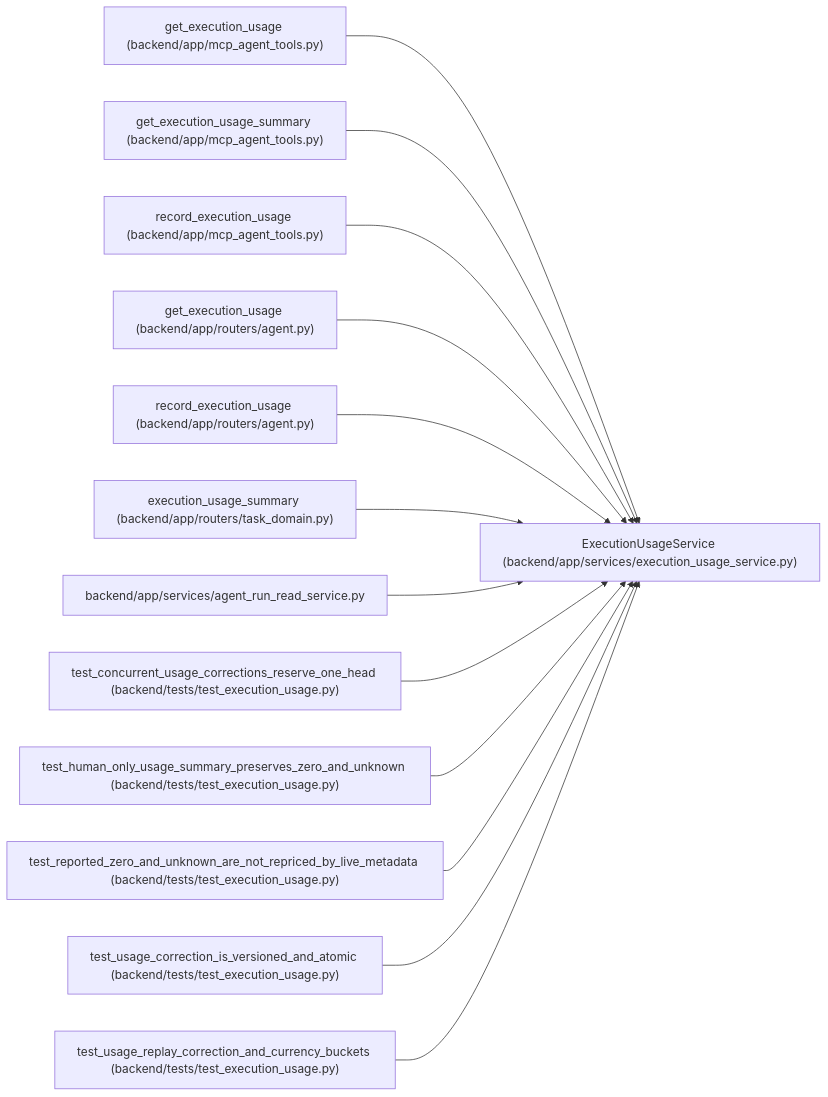
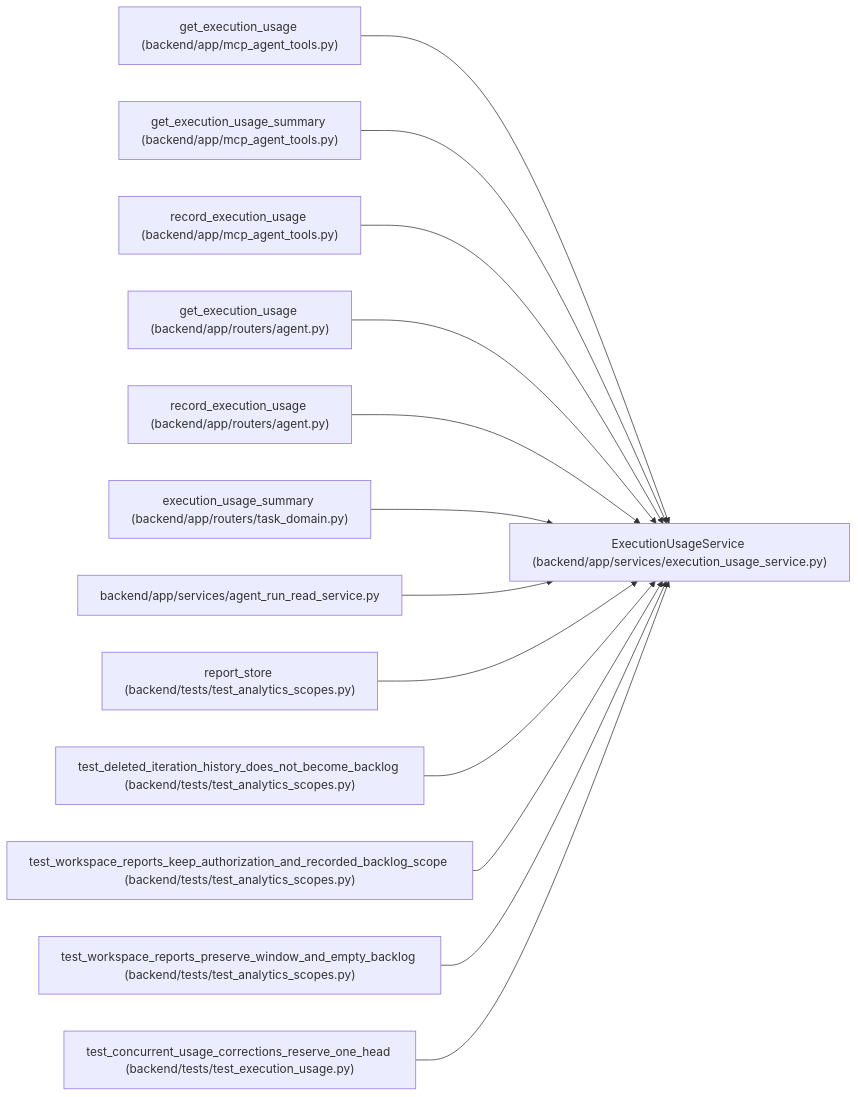
The diagram in docs/llm_wiki/entities/ExecutionUsageService.md (Denissvgn/WorkChord), drawn with Mermaid before and after one commit. The commit also changed other lines of this file and 2373 other files, not shown here.

````diff
--- a/docs/llm_wiki/entities/ExecutionUsageService.md
+++ b/docs/llm_wiki/entities/ExecutionUsageService.md
@@ -32,41 +32,41 @@
 ```mermaid
 flowchart LR
     n0["ExecutionUsageService (backend/app/services/execution_usage_service.py)"]
     n1["get_execution_usage (backend/app/mcp_agent_tools.py)"]
     n2["get_execution_usage_summary (backend/app/mcp_agent_tools.py)"]
     n3["record_execution_usage (backend/app/mcp_agent_tools.py)"]
     n4["get_execution_usage (backend/app/routers/agent.py)"]
     n5["record_execution_usage (backend/app/routers/agent.py)"]
     n6["execution_usage_summary (backend/app/routers/task_domain.py)"]
     n7["backend/app/services/agent_run_read_service.py"]
-    n8["test_concurrent_usage_corrections_reserve_one_head (backend/tests/test_execution_usage.py)"]
-    n9["test_human_only_usage_summary_preserves_zero_and_unknown (backend/tests/test_execution_usage.py)"]
-    n10["test_reported_zero_and_unknown_are_not_repriced_by_live_metadata (backend/tests/test_execution_usage.py)"]
-    n11["test_usage_correction_is_versioned_and_atomic (backend/tests/test_execution_usage.py)"]
-    n12["test_usage_replay_correction_and_currency_buckets (backend/tests/test_execution_usage.py)"]
+    n8["report_store (backend/tests/test_analytics_scopes.py)"]
+    n9["test_deleted_iteration_history_does_not_become_backlog (backend/tests/test_analytics_scopes.py)"]
+    n10["test_workspace_reports_keep_authorization_and_recorded_backlog_scope (backend/tests/test_analytics_scopes.py)"]
+    n11["test_workspace_reports_preserve_window_and_empty_backlog (backend/tests/test_analytics_scopes.py)"]
+    n12["test_concurrent_usage_corrections_reserve_one_head (backend/tests/test_execution_usage.py)"]
     n1 --> n0
     n2 --> n0
     n3 --> n0
     n4 --> n0
     n5 --> n0
     n6 --> n0
     n7 --> n0
     n8 --> n0
     n9 --> n0
     n10 --> n0
     n11 --> n0
     n12 --> n0
     click n0 "../modules/execution_usage_service.md"
     click n1 "../modules/mcp_agent_tools.md"
     click n2 "../modules/mcp_agent_tools.md"
     click n3 "../modules/mcp_agent_tools.md"
     click n4 "../modules/routers_agent.md"
     click n5 "../modules/routers_agent.md"
     click n6 "../modules/routers_task_domain.md"
     click n7 "../modules/agent_run_read_service.md"
-    click n8 "../modules/test_execution_usage.md"
-    click n9 "../modules/test_execution_usage.md"
-    click n10 "../modules/test_execution_usage.md"
-    click n11 "../modules/test_execution_usage.md"
+    click n8 "../modules/test_analytics_scopes.md"
+    click n9 "../modules/test_analytics_scopes.md"
+    click n10 "../modules/test_analytics_scopes.md"
+    click n11 "../modules/test_analytics_scopes.md"
     click n12 "../modules/test_execution_usage.md"
 ```
````
